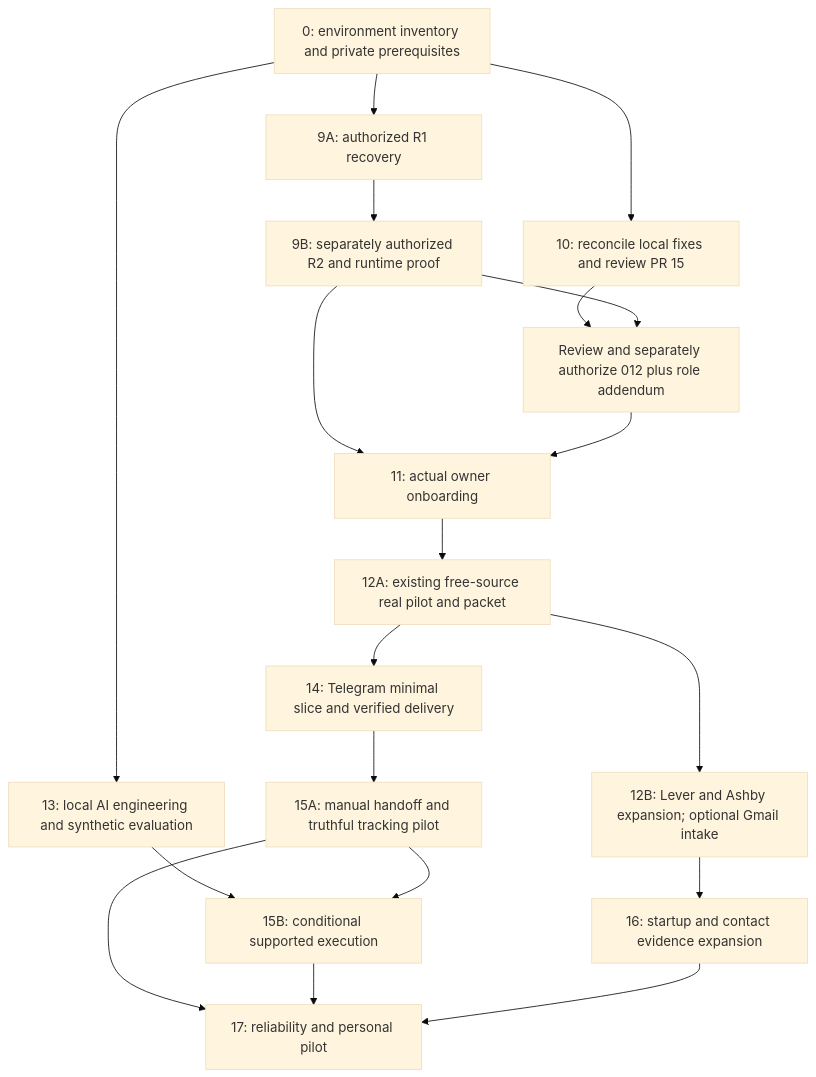
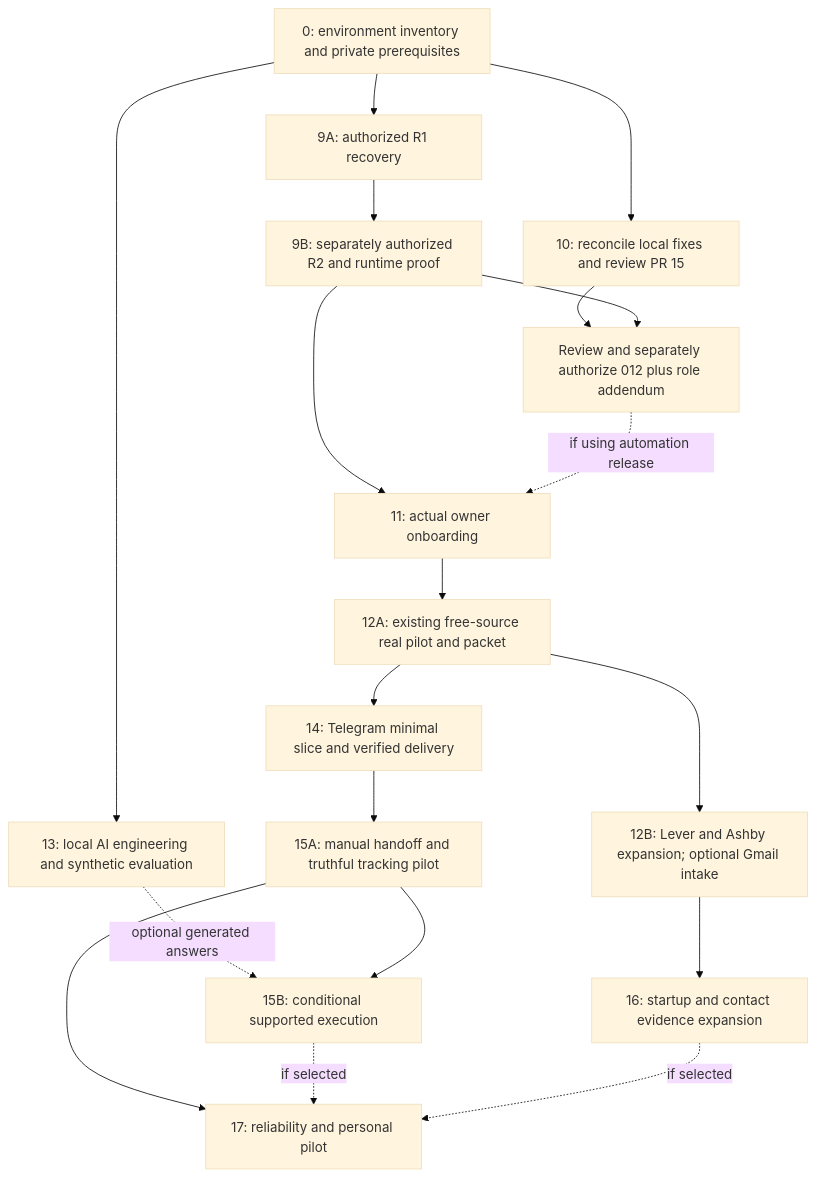
Before and after one commit to karanagg166/automated-apply: the diagram in docs/plans/automated-apply-master-roadmap.md, drawn with Mermaid (base theme). The commit also changed other lines of this file, not shown here.

Commit message:
docs: distinguish optional phase dependencies and historical README claims

````diff
--- a/docs/plans/automated-apply-master-roadmap.md
+++ b/docs/plans/automated-apply-master-roadmap.md
@@ -100,21 +103,21 @@
 ```mermaid
 flowchart TD
   P0[0: environment inventory and private prerequisites] --> R1[9A: authorized R1 recovery]
   R1 --> R2[9B: separately authorized R2 and runtime proof]
   P0 --> P10[10: reconcile local fixes and review PR 15]
   P10 --> SQL12[Review and separately authorize 012 plus role addendum]
   R2 --> SQL12
   R2 --> P11[11: actual owner onboarding]
-  SQL12 --> P11
+  SQL12 -. if using automation release .-> P11
   P11 --> P12a[12A: existing free-source real pilot and packet]
   P0 --> P13[13: local AI engineering and synthetic evaluation]
   P12a --> P14[14: Telegram minimal slice and verified delivery]
   P14 --> P15a[15A: manual handoff and truthful tracking pilot]
   P12a --> P12b[12B: Lever and Ashby expansion; optional Gmail intake]
-  P13 --> P15b[15B: conditional supported execution]
+  P13 -. optional generated answers .-> P15b[15B: conditional supported execution]
   P15a --> P15b
   P12b --> P16[16: startup and contact evidence expansion]
   P15a --> P17[17: reliability and personal pilot]
-  P15b --> P17
-  P16 --> P17
+  P15b -. if selected .-> P17
+  P16 -. if selected .-> P17
 ```
````
